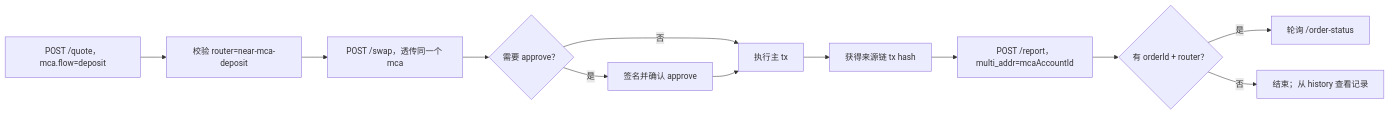
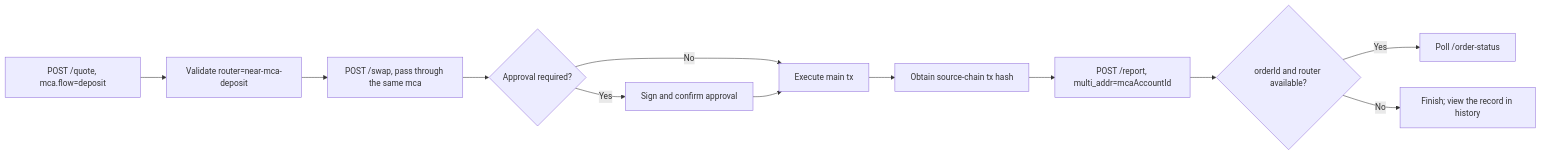
The third of 6 diagrams in MCA_SWAP_HTTP_API.md (rhea-finance/rhea-sdk-docs), drawn with Mermaid before and after one commit. The commit also changed other lines of this file, not shown here.

````diff
--- a/MCA_SWAP_HTTP_API.md
+++ b/MCA_SWAP_HTTP_API.md
@@ -499,14 +499,14 @@
 ```mermaid
 flowchart LR
-  Q["POST /quote，mca.flow=deposit"] --> V["校验 router=near-mca-deposit"]
-  V --> B["POST /swap，透传同一个 mca"]
-  B --> A{"需要 approve？"}
-  A -->|"是"| AP["签名并确认 approve"]
-  A -->|"否"| T["执行主 tx"]
+  Q["POST /quote, mca.flow=deposit"] --> V["Validate router=near-mca-deposit"]
+  V --> B["POST /swap, pass through the same mca"]
+  B --> A{"Approval required?"}
+  A -->|"Yes"| AP["Sign and confirm approval"]
+  A -->|"No"| T["Execute main tx"]
   AP --> T
-  T --> H["获得来源链 tx hash"]
-  H --> R["POST /report，multi_addr=mcaAccountId"]
-  R --> S{"有 orderId + router？"}
-  S -->|"是"| ST["轮询 /order-status"]
-  S -->|"否"| C["结束；从 history 查看记录"]
+  T --> H["Obtain source-chain tx hash"]
+  H --> R["POST /report, multi_addr=mcaAccountId"]
+  R --> S{"orderId and router available?"}
+  S -->|"Yes"| ST["Poll /order-status"]
+  S -->|"No"| C["Finish; view the record in history"]
 ```
````
